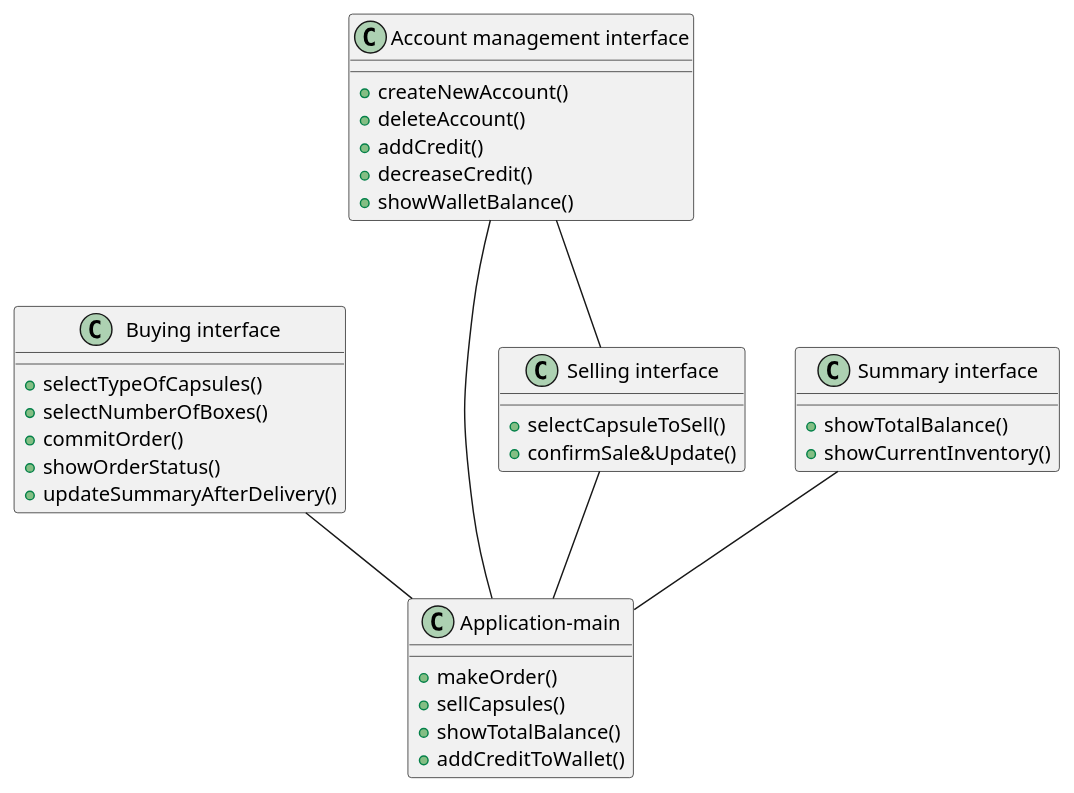
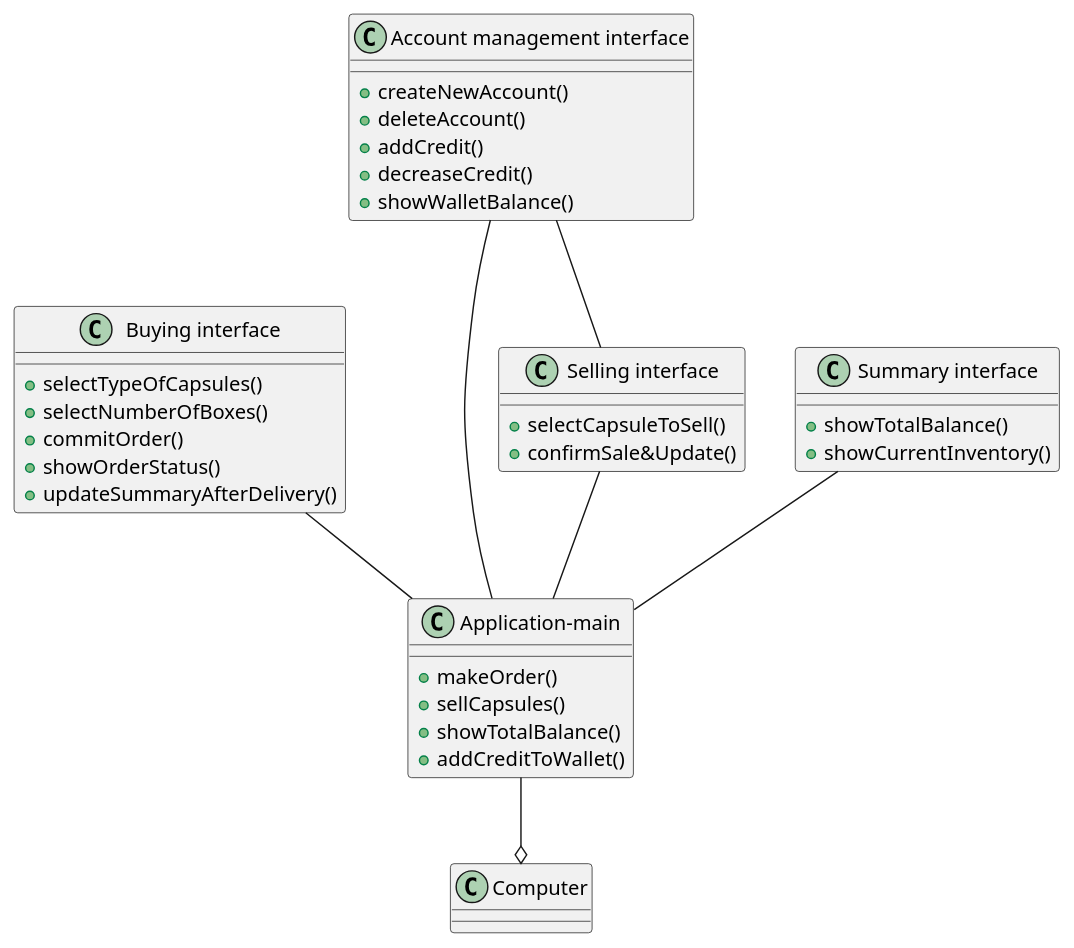
One commit to DarkSee/LaTazza changed the fourth of 4 diagrams in templates/RequirementsTemplate.md. Above: the diagram before and after it, drawn with PlantUML. The commit also changed other lines of this file, not shown here.

````diff
--- a/templates/RequirementsTemplate.md
+++ b/templates/RequirementsTemplate.md
@@ -396,48 +400,53 @@
 ```plantuml
 top to bottom direction
+
+class Computer {
+    
+}
 
 class "Application-main" {
  +makeOrder()
  +sellCapsules()
  +showTotalBalance()
  +addCreditToWallet()
 
 }
 
 class "Buying interface" {
  +selectTypeOfCapsules()
  +selectNumberOfBoxes()
  +commitOrder()
  +showOrderStatus()
  +updateSummaryAfterDelivery()
 
 }
 
 class "Selling interface" {
  +selectCapsuleToSell()
  +confirmSale&Update()
 
 }
 
 class "Summary interface" {
  +showTotalBalance()
  +showCurrentInventory()
 
 }
 
 class "Account management interface" {
  +createNewAccount()
  +deleteAccount()
  +addCredit()
  +decreaseCredit()
  +showWalletBalance()
 
 } 
 
 
 "Selling interface" -- "Application-main"
 "Summary interface" -- "Application-main"
 "Buying interface" -- "Application-main"
 "Account management interface" -- "Application-main"
 "Account management interface" -- "Selling interface"
+"Application-main" --o Computer
 ```
````
